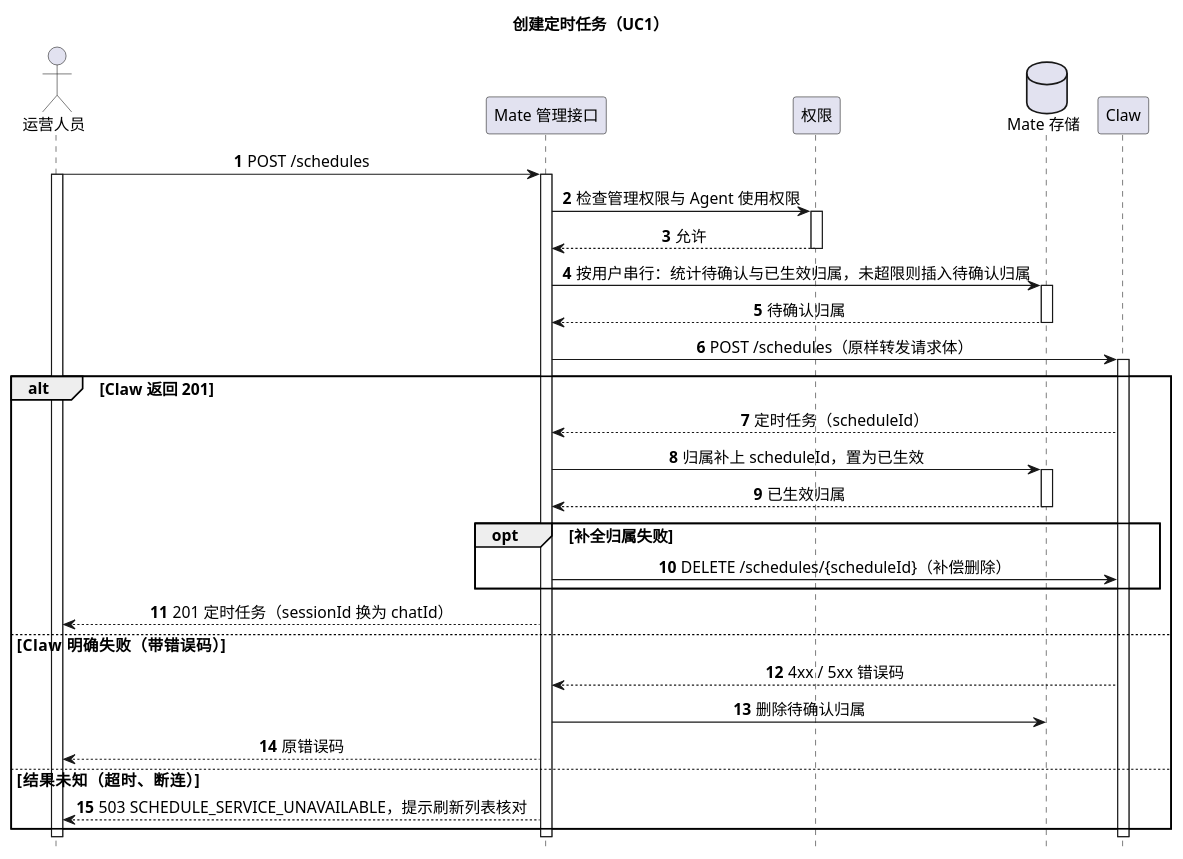
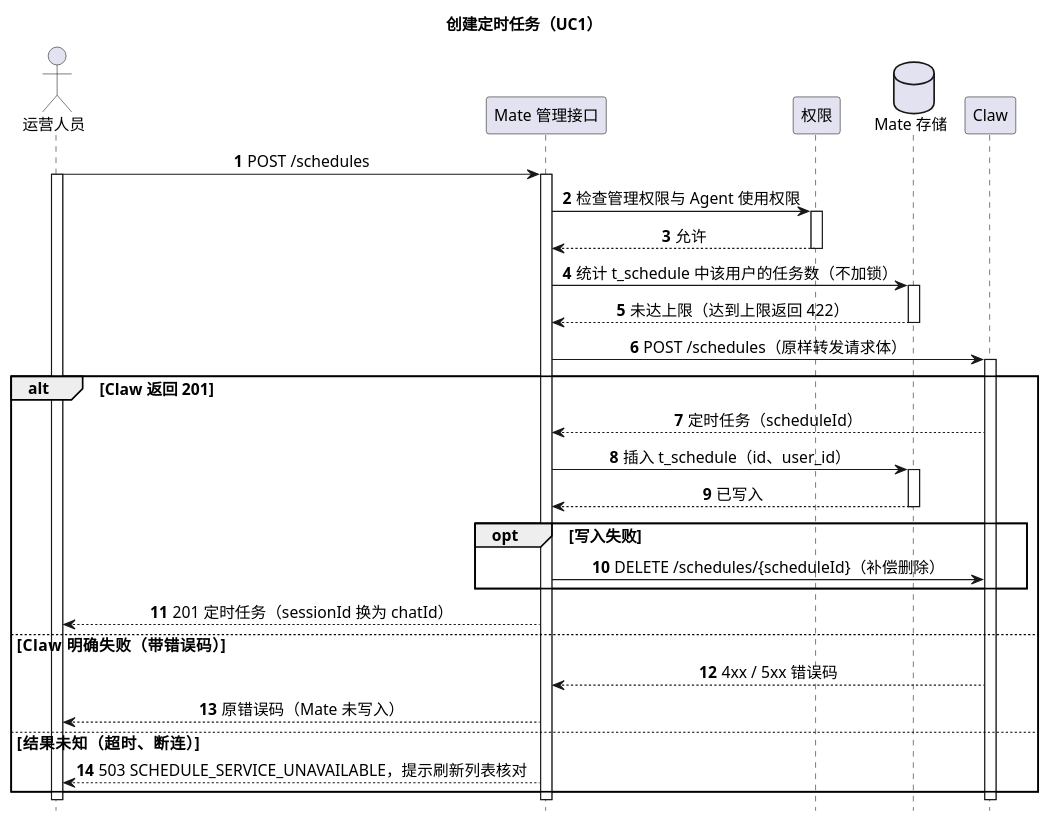
The second of 4 diagrams in 02-服务与接口/08-mate-service定时任务/diagram.puml (ssm0808/pi-mono-java-design), drawn with PlantUML before and after one commit. The commit also changed other lines of this file and 6 other files, not shown here.

First line of the commit message:
Mate 定时任务：t_schedule 只记录归属，去掉归属表与配额表

```diff
--- a/02-服务与接口/08-mate-service定时任务/diagram.puml
+++ b/02-服务与接口/08-mate-service定时任务/diagram.puml
@@ -50,42 +50,41 @@
 @startuml mate_schedule_create
 ' 目标：待实现；UC1 创建接口配置的任务。
 ' Claw 接口：POST /campusclaw-service/v1/schedules，见 01-总体架构/08-CampusClaw定时任务/README.md 第 4.4 节。
 ' mate-service 源码未核验；“权限”代表公司功能权限与 Mate 既有 Agent 使用权限两个检查。
-' 表达方式：画正常创建与 Claw 结果三种去向；补偿删除失败后的对账见 README.md 第 3.7 节。
+' 表达方式：画正常创建与 Claw 结果三种去向；配额统计不加锁；补偿删除失败后的对账见 README.md 第 3.7 节。
 title 创建定时任务（UC1）
 hide footbox
 skinparam backgroundColor white
 skinparam defaultFontSize 14
 skinparam sequenceMessageAlign center
 actor "运营人员" as Operator
 participant "Mate 管理接口" as Mate
 participant "权限" as Perm
 database "Mate 存储" as MateStore
 participant "Claw" as Claw
 autonumber
 Operator -> Mate ++ : POST /schedules
 activate Operator
 Mate -> Perm ++ : 检查管理权限与 Agent 使用权限
 return 允许
-Mate -> MateStore ++ : 按用户串行：统计待确认与已生效归属，未超限则插入待确认归属
-return 待确认归属
+Mate -> MateStore ++ : 统计 t_schedule 中该用户的任务数（不加锁）
+return 未达上限（达到上限返回 422）
 Mate -> Claw ++ : POST /schedules（原样转发请求体）
 alt Claw 返回 201
   Claw --> Mate : 定时任务（scheduleId）
-  Mate -> MateStore ++ : 归属补上 scheduleId，置为已生效
-  return 已生效归属
-  opt 补全归属失败
+  Mate -> MateStore ++ : 插入 t_schedule（id、user_id）
+  return 已写入
+  opt 写入失败
     Mate -> Claw : DELETE /schedules/{scheduleId}（补偿删除）
   end
   Mate --> Operator : 201 定时任务（sessionId 换为 chatId）
 else Claw 明确失败（带错误码）
   Claw --> Mate : 4xx / 5xx 错误码
-  Mate -> MateStore : 删除待确认归属
-  Mate --> Operator : 原错误码
+  Mate --> Operator : 原错误码（Mate 未写入）
 else 结果未知（超时、断连）
   Mate --> Operator : 503 SCHEDULE_SERVICE_UNAVAILABLE，提示刷新列表核对
 end
 deactivate Claw
 deactivate Mate
 deactivate Operator
 @enduml
```
